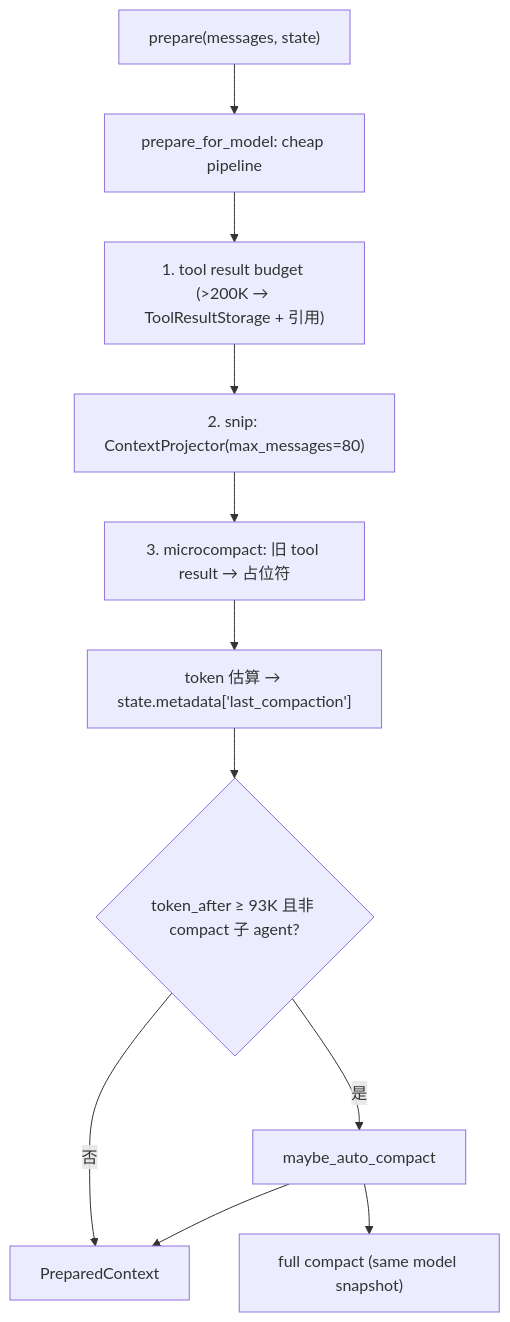
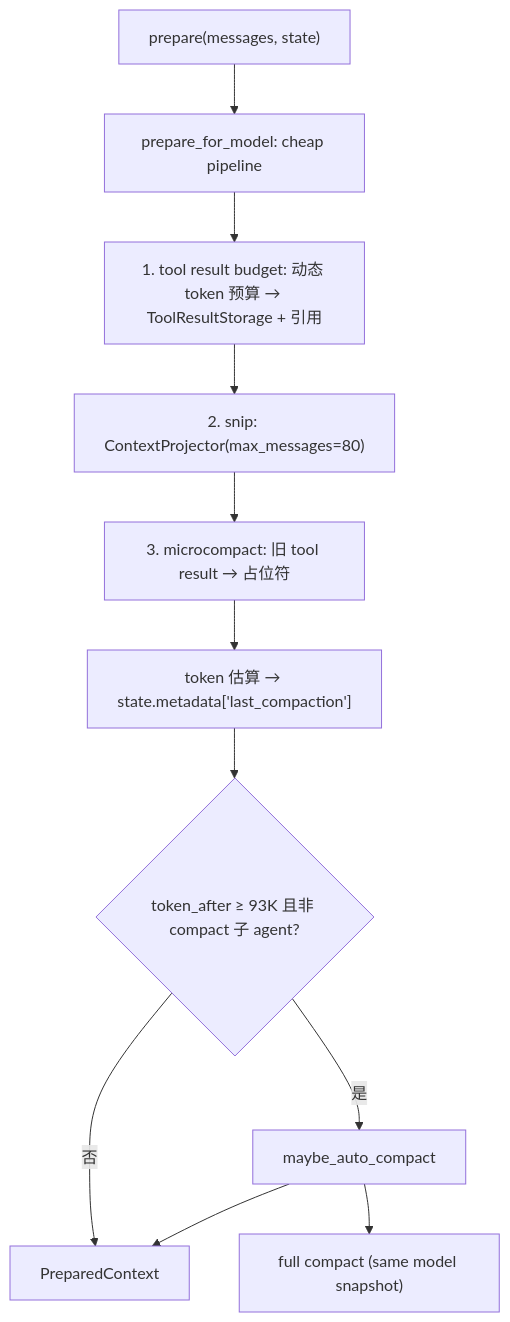
The diagram in docs/design-docs/compaction-architecture.md (user0452/Nervure), drawn with Mermaid before and after one commit. The commit also changed other lines of this file and 13 other files, not shown here.

First line of the commit message:
feat: defer memory consolidation and add dynamic tool-result budgets

````diff
--- a/docs/design-docs/compaction-architecture.md
+++ b/docs/design-docs/compaction-architecture.md
@@ -51,13 +53,13 @@
 ```mermaid
 flowchart TD
   Prep["prepare(messages, state)"] --> Cheap["prepare_for_model: cheap pipeline"]
-  Cheap --> Budget["1. tool result budget (>200K → ToolResultStorage + 引用)"]
+  Cheap --> Budget["1. tool result budget: 动态 token 预算 → ToolResultStorage + 引用"]
   Budget --> Snip["2. snip: ContextProjector(max_messages=80)"]
   Snip --> Micro["3. microcompact: 旧 tool result → 占位符"]
   Micro --> Est["token 估算 → state.metadata['last_compaction']"]
   Est --> Check{"token_after ≥ 93K 且非 compact 子 agent?"}
   Check -->|否| Out["PreparedContext"]
   Check -->|是| Auto["maybe_auto_compact"]
   Auto --> Full["full compact (same model snapshot)"]
   Auto --> Out
 ```
````
